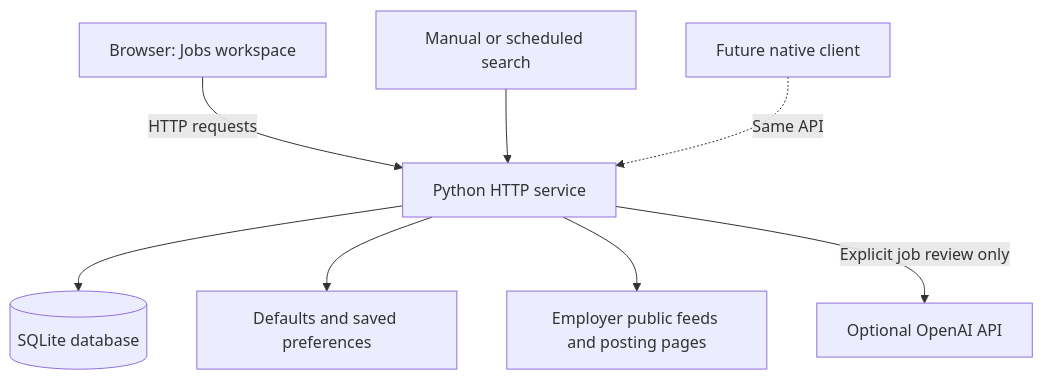
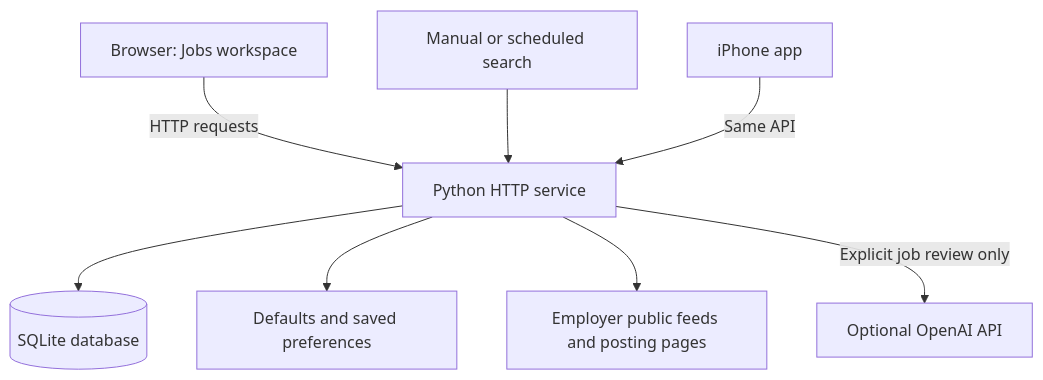
The diagram in docs/COMPLETE-GUIDE.md (shawnd1007/Jobs-APP), drawn with Mermaid before and after one commit. The commit also changed other lines of this file and 10 other files, not shown here.

````diff
--- a/docs/COMPLETE-GUIDE.md
+++ b/docs/COMPLETE-GUIDE.md
@@ -72,10 +72,10 @@
 ```mermaid
 flowchart TD
     Browser[Browser: Jobs workspace] -->|HTTP requests| API[Python HTTP service]
     API --> DB[(SQLite database)]
     API --> Preferences[Defaults and saved preferences]
     Search[Manual or scheduled search] --> API
     API --> Feeds[Employer public feeds and posting pages]
     API -->|Explicit job review only| AI[Optional OpenAI API]
-    Native[Future native client] -.->|Same API| API
+    Native[iPhone app] -->|Same API| API
 ```
````
